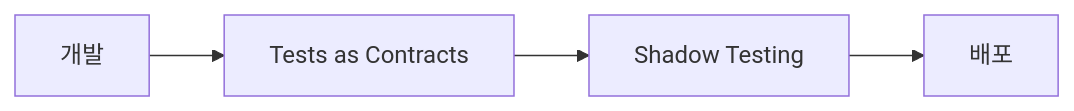
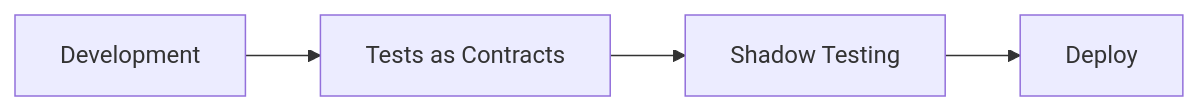
Before and after one commit to kakao/actionbase: the second of 2 diagrams in website/src/content/docs/ko/stories/how-we-survived/shadow-testing.mdx, drawn with Mermaid. The commit also changed 30 other files, not shown here.

````diff
--- a/website/src/content/docs/ko/stories/how-we-survived/shadow-testing.mdx
+++ b/website/src/content/docs/ko/stories/how-we-survived/shadow-testing.mdx
@@ -46,6 +46,6 @@
 ```mermaid
 flowchart LR
-    Dev[개발] --> Contract[Tests as Contracts]
+    Dev[Development] --> Contract[Tests as Contracts]
     Contract --> Shadow[Shadow Testing]
-    Shadow --> Deploy[배포]
+    Shadow --> Deploy[Deploy]
 ```
````
